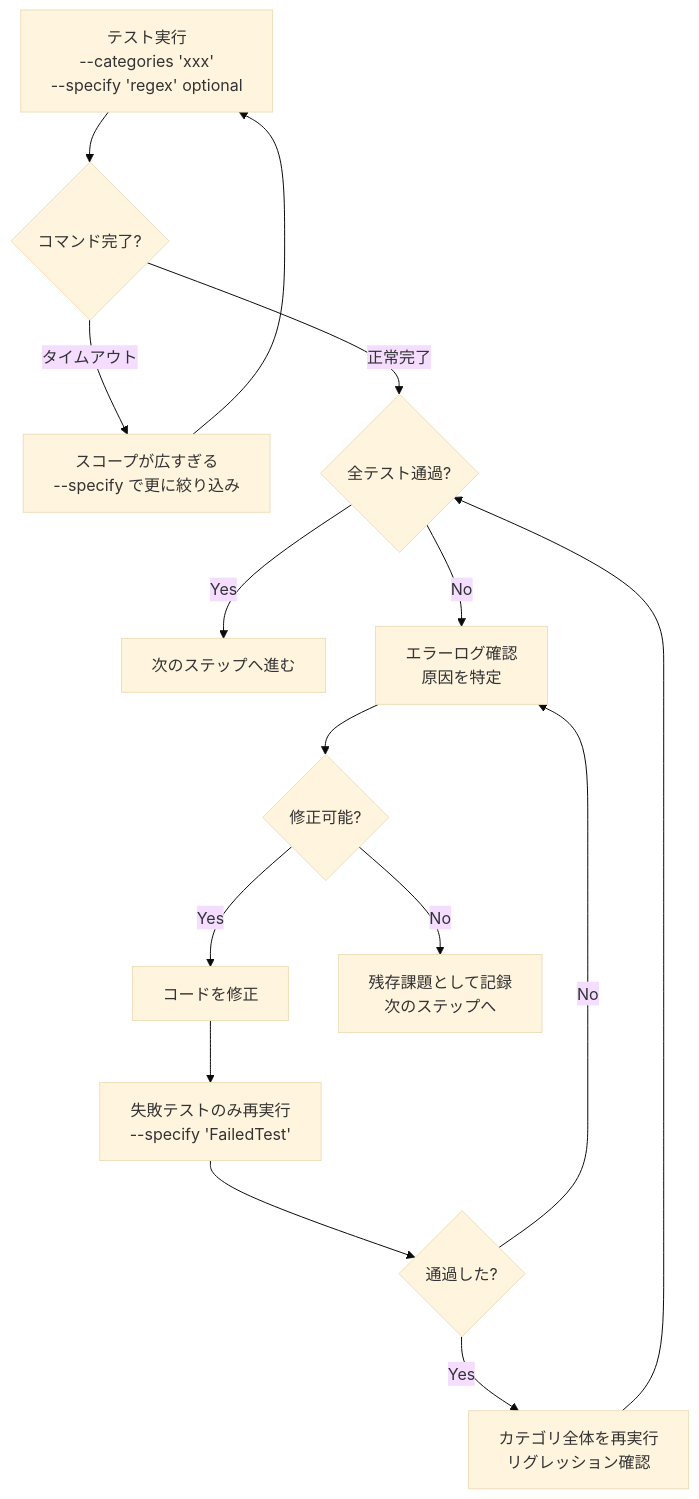
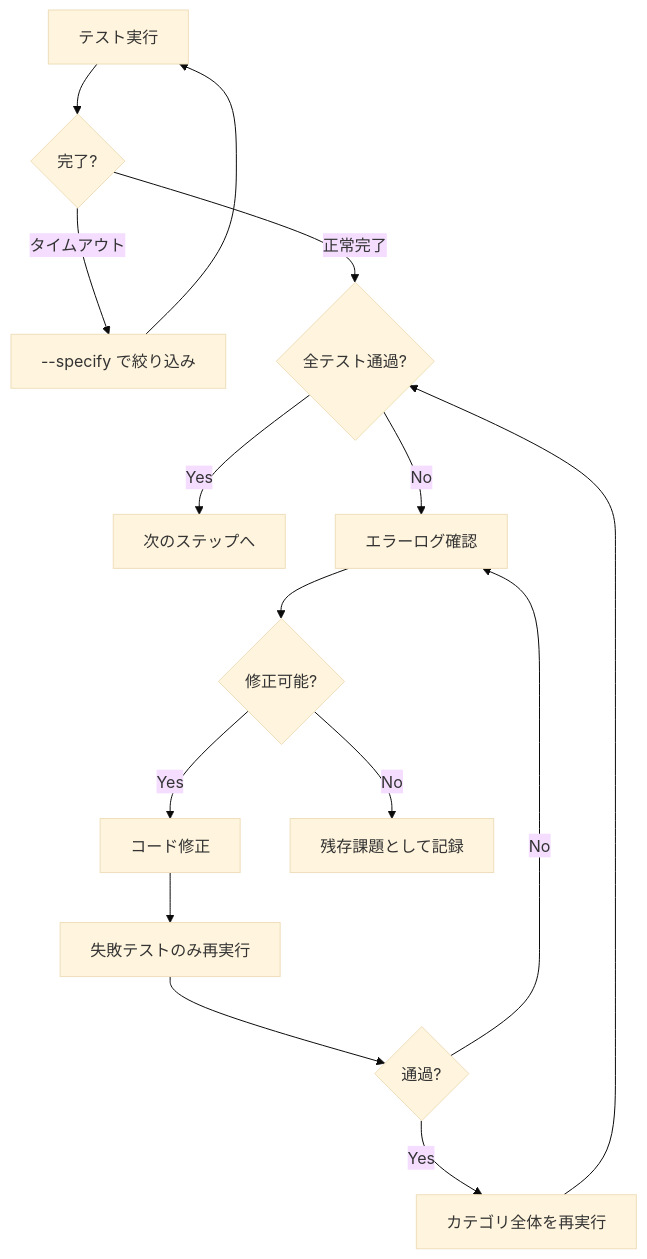
Before and after one commit to axsh/Headless-Agent-Gateway: the diagram in .agent/workflows/run-all-tests.md, drawn with Mermaid (base theme). The commit also changed other lines of this file and 4 other files, not shown here.

````diff
--- a/.agent/workflows/run-all-tests.md
+++ b/.agent/workflows/run-all-tests.md
@@ -108,23 +75,17 @@
 ```mermaid
 flowchart TD
-    A[テスト実行<br/>--categories 'xxx'<br/>--specify 'regex' optional] --> B{コマンド完了?}
-
-    B -->|タイムアウト| C[スコープが広すぎる<br/>--specify で更に絞り込み]
+    A["テスト実行"] --> B{完了?}
+    B -->|タイムアウト| C["--specify で絞り込み"]
     C --> A
-
     B -->|正常完了| D{全テスト通過?}
-
-    D -->|Yes| E[次のステップへ進む]
-
-    D -->|No| F[エラーログ確認<br/>原因を特定]
+    D -->|Yes| E[次のステップへ]
+    D -->|No| F[エラーログ確認]
     F --> G{修正可能?}
-
-    G -->|Yes| H[コードを修正]
-    H --> I[失敗テストのみ再実行<br/>--specify 'FailedTest']
-    I --> J{通過した?}
+    G -->|Yes| H[コード修正]
+    H --> I["失敗テストのみ再実行"]
+    I --> J{通過?}
     J -->|No| F
-    J -->|Yes| K[カテゴリ全体を再実行<br/>リグレッション確認]
+    J -->|Yes| K["カテゴリ全体を再実行"]
     K --> D
-
-    G -->|No| L[残存課題として記録<br/>次のステップへ]
+    G -->|No| L[残存課題として記録]
 ```
````
